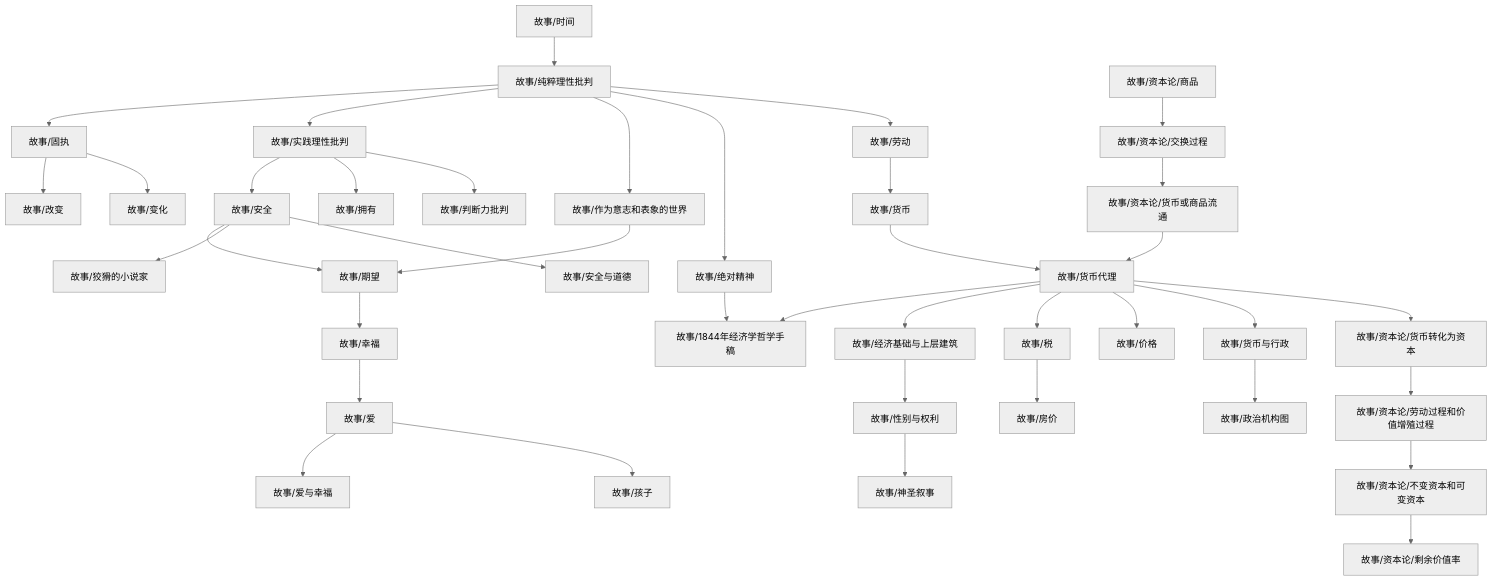
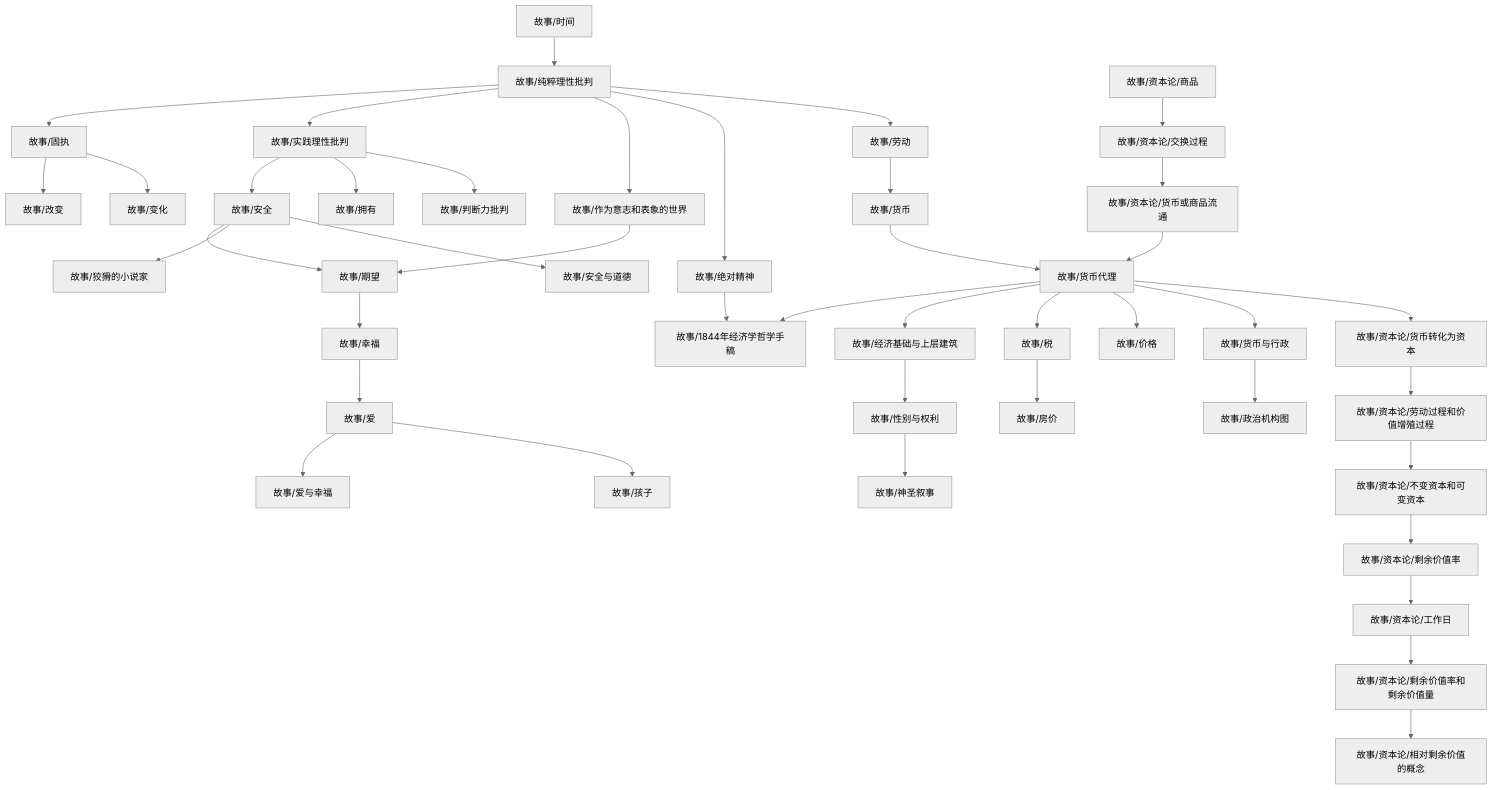
Before and after one commit to zengls3186428803/zengls3186428803.github.io: the diagram in content/故事/dependency_graph.md, drawn with Mermaid (neutral theme). The commit also changed 4 other files, not shown here.

````diff
--- a/content/故事/dependency_graph.md
+++ b/content/故事/dependency_graph.md
@@ -1,41 +1,44 @@
 ```mermaid
 graph TD
 1["故事/纯粹理性批判"] --> 0["故事/固执"]
 3["故事/经济基础与上层建筑"] --> 2["故事/性别与权利"]
 0["故事/固执"] --> 4["故事/改变"]
 6["故事/货币代理"] --> 5["故事/1844年经济学哲学手稿"]
 7["故事/绝对精神"] --> 5["故事/1844年经济学哲学手稿"]
 9["故事/作为意志和表象的世界"] --> 8["故事/期望"]
 10["故事/安全"] --> 8["故事/期望"]
 10["故事/安全"] --> 11["故事/狡猾的小说家"]
 1["故事/纯粹理性批判"] --> 12["故事/实践理性批判"]
 13["故事/时间"] --> 1["故事/纯粹理性批判"]
 12["故事/实践理性批判"] --> 10["故事/安全"]
 6["故事/货币代理"] --> 3["故事/经济基础与上层建筑"]
 12["故事/实践理性批判"] --> 14["故事/拥有"]
 6["故事/货币代理"] --> 15["故事/税"]
 15["故事/税"] --> 16["故事/房价"]
 18["故事/货币与行政"] --> 17["故事/政治机构图"]
 0["故事/固执"] --> 19["故事/变化"]
 21["故事/幸福"] --> 20["故事/爱"]
 6["故事/货币代理"] --> 22["故事/价格"]
 23["故事/货币"] --> 6["故事/货币代理"]
 24["故事/资本论/货币或商品流通"] --> 6["故事/货币代理"]
 1["故事/纯粹理性批判"] --> 9["故事/作为意志和表象的世界"]
 1["故事/纯粹理性批判"] --> 7["故事/绝对精神"]
 6["故事/货币代理"] --> 18["故事/货币与行政"]
 10["故事/安全"] --> 26["故事/安全与道德"]
 2["故事/性别与权利"] --> 27["故事/神圣叙事"]
 20["故事/爱"] --> 28["故事/爱与幸福"]
 29["故事/劳动"] --> 23["故事/货币"]
 20["故事/爱"] --> 30["故事/孩子"]
 1["故事/纯粹理性批判"] --> 29["故事/劳动"]
 12["故事/实践理性批判"] --> 31["故事/判断力批判"]
 8["故事/期望"] --> 21["故事/幸福"]
 33["故事/资本论/不变资本和可变资本"] --> 32["故事/资本论/剩余价值率"]
 34["故事/资本论/交换过程"] --> 24["故事/资本论/货币或商品流通"]
 36["故事/资本论/货币转化为资本"] --> 35["故事/资本论/劳动过程和价值增殖过程"]
 35["故事/资本论/劳动过程和价值增殖过程"] --> 33["故事/资本论/不变资本和可变资本"]
 6["故事/货币代理"] --> 36["故事/资本论/货币转化为资本"]
 37["故事/资本论/商品"] --> 34["故事/资本论/交换过程"]
+39["故事/资本论/工作日"] --> 38["故事/资本论/剩余价值率和剩余价值量"]
+38["故事/资本论/剩余价值率和剩余价值量"] --> 40["故事/资本论/相对剩余价值的概念"]
+32["故事/资本论/剩余价值率"] --> 39["故事/资本论/工作日"]
 ```
````
